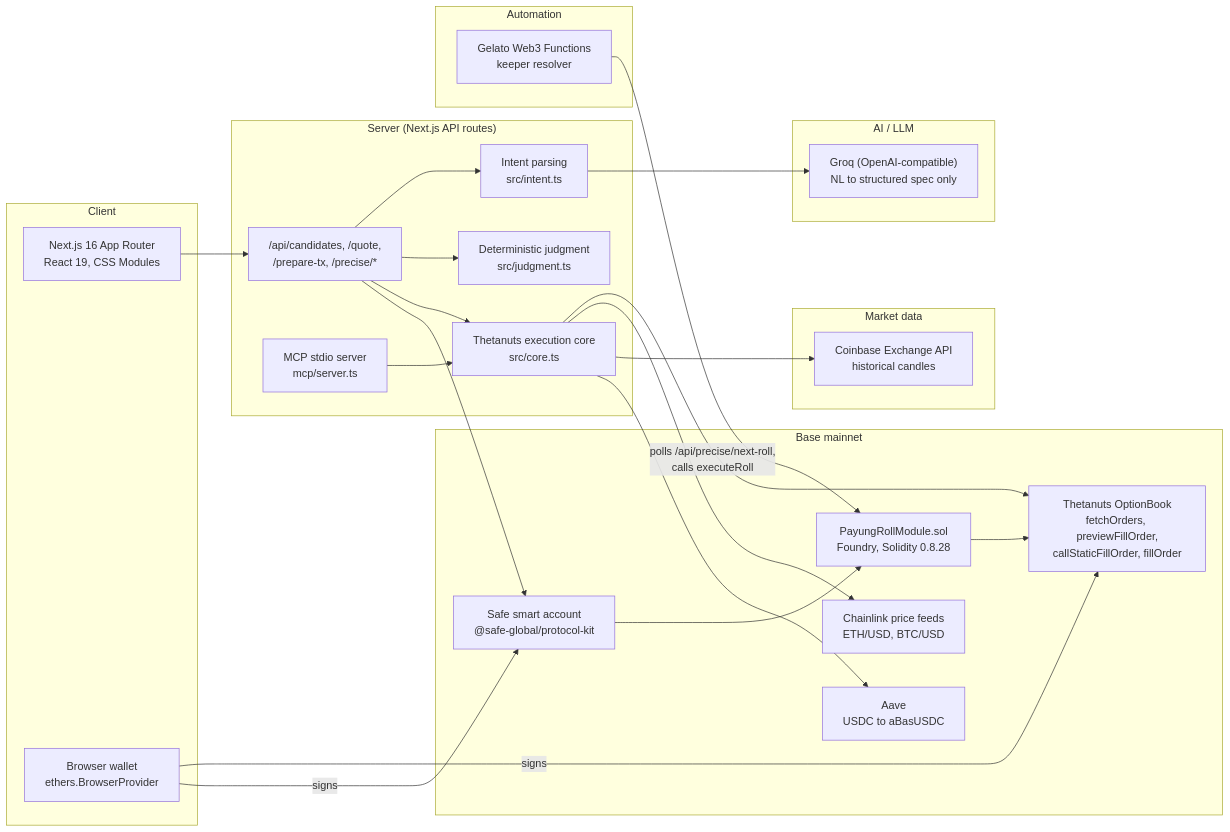
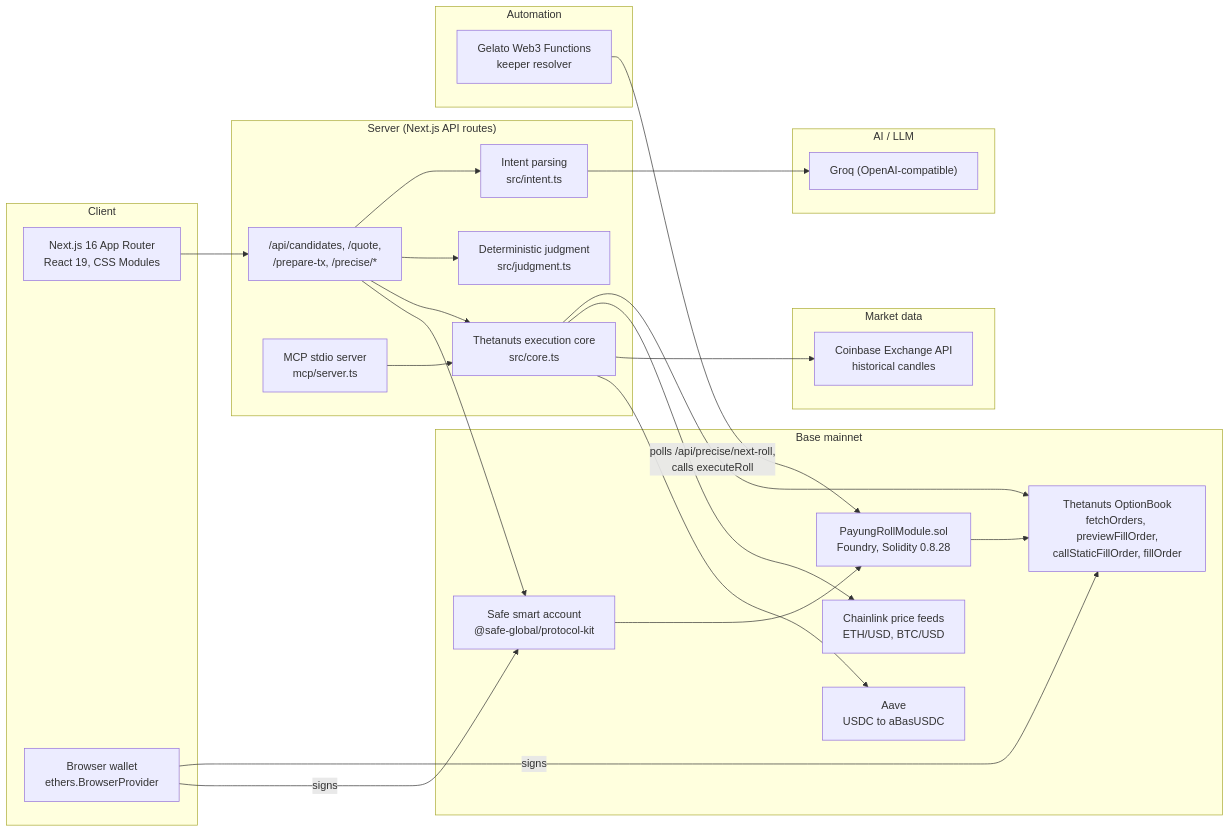
The second of 2 diagrams in README.md (yabgzichien/Payung-MUBA), drawn with Mermaid before and after one commit. The commit also changed other lines of this file, not shown here.

Commit message:
docs: trim redundant AI-scope qualifier from tech stack listing

````diff
--- a/README.md
+++ b/README.md
@@ -109,48 +109,48 @@
 ```mermaid
 flowchart LR
     subgraph Client["Client"]
         UI["Next.js 16 App Router<br/>React 19, CSS Modules"]
         Wallet["Browser wallet<br/>ethers.BrowserProvider"]
     end
 
     subgraph Server["Server (Next.js API routes)"]
         API["/api/candidates, /quote,<br/>/prepare-tx, /precise/*"]
         Intent["Intent parsing<br/>src/intent.ts"]
         Judge["Deterministic judgment<br/>src/judgment.ts"]
         Core["Thetanuts execution core<br/>src/core.ts"]
         MCP["MCP stdio server<br/>mcp/server.ts"]
     end
 
     subgraph AI["AI / LLM"]
-        Groq["Groq (OpenAI-compatible)<br/>NL to structured spec only"]
+        Groq["Groq (OpenAI-compatible)"]
     end
 
     subgraph Chain["Base mainnet"]
         Thetanuts["Thetanuts OptionBook<br/>fetchOrders, previewFillOrder,<br/>callStaticFillOrder, fillOrder"]
         Safe["Safe smart account<br/>@safe-global/protocol-kit"]
         Module["PayungRollModule.sol<br/>Foundry, Solidity 0.8.28"]
         Chainlink["Chainlink price feeds<br/>ETH/USD, BTC/USD"]
         Aave["Aave<br/>USDC to aBasUSDC"]
     end
 
     subgraph Automation["Automation"]
         Gelato["Gelato Web3 Functions<br/>keeper resolver"]
     end
 
     subgraph DataFeeds["Market data"]
         Coinbase["Coinbase Exchange API<br/>historical candles"]
     end
 
     UI --> API
     Wallet -->|signs| Thetanuts
     Wallet -->|signs| Safe
     API --> Intent --> Groq
     API --> Judge
     API --> Core --> Thetanuts
     Core --> Chainlink
     Core --> Coinbase
     Core --> Aave
     API --> Safe --> Module --> Thetanuts
     Gelato -->|polls /api/precise/next-roll,<br/>calls executeRoll| Module
     MCP --> Core
 ```
````
